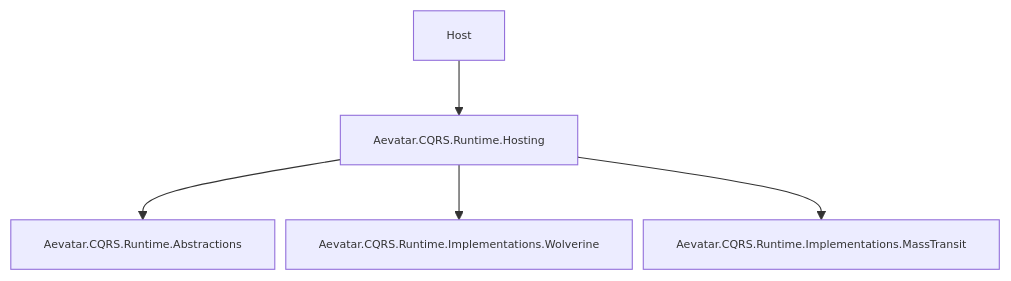
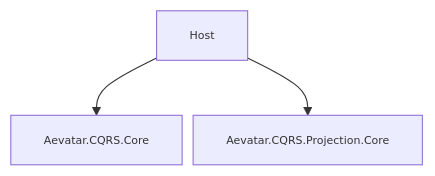
The third of 4 diagrams in docs/PROJECT_ARCHITECTURE.md (aevatarAI/aevatar), drawn with Mermaid before and after one commit. The commit also changed other lines of this file and 28 other files, not shown here.

First line of the commit message:
Refactor CQRS architecture by removing runtime abstractions and implementations

````diff
--- a/docs/PROJECT_ARCHITECTURE.md
+++ b/docs/PROJECT_ARCHITECTURE.md
@@ -79,8 +79,6 @@
 ```mermaid
 %%{init: {"maxTextSize": 100000, "flowchart": {"useMaxWidth": false, "nodeSpacing": 10, "rankSpacing": 50}, "themeVariables": {"fontSize": "10px"}}}%%
 flowchart TB
-    Host["Host"] --> RH["Aevatar.CQRS.Runtime.Hosting"]
-    RH --> RA["Aevatar.CQRS.Runtime.Abstractions"]
-    RH --> RW["Aevatar.CQRS.Runtime.Implementations.Wolverine"]
-    RH --> RM["Aevatar.CQRS.Runtime.Implementations.MassTransit"]
+    Host["Host"] --> CC["Aevatar.CQRS.Core"]
+    Host --> CP["Aevatar.CQRS.Projection.Core"]
 ```
````
